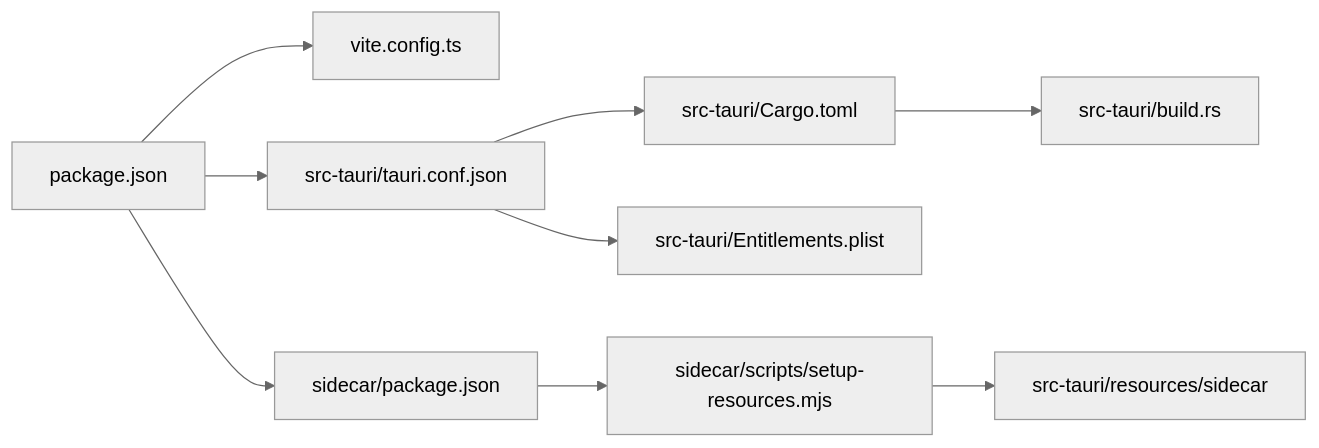
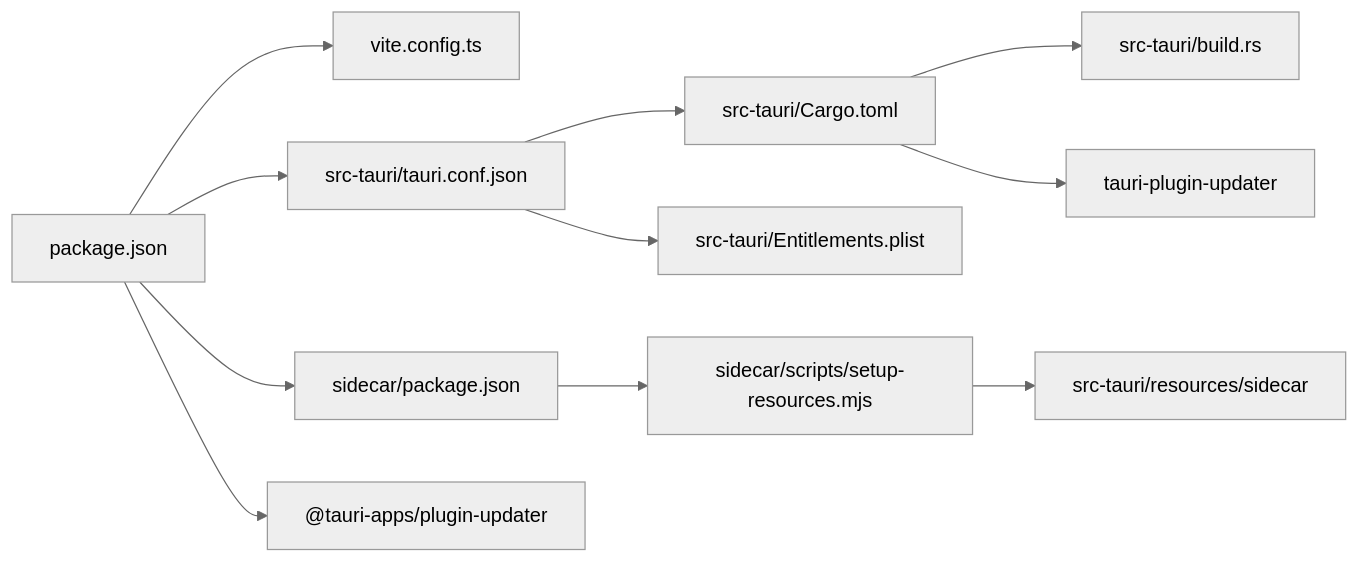
Before and after one commit to RabbitAI-Lab/RabbitCoding: the third of 3 diagrams in .qoder/repowiki/zh/content/部署和发布/部署和发布.md, drawn with Mermaid (neutral theme). The commit also changed other lines of this file and 32 other files, not shown here.

````diff
--- a/.qoder/repowiki/zh/content/部署和发布/部署和发布.md
+++ b/.qoder/repowiki/zh/content/部署和发布/部署和发布.md
@@ -211,11 +239,13 @@
 ```mermaid
 graph LR
 Pkg["package.json"] --> Vite["vite.config.ts"]
 Pkg --> TauriConf["src-tauri/tauri.conf.json"]
 Pkg --> SidePkg["sidecar/package.json"]
 SidePkg --> SideRes["sidecar/scripts/setup-resources.mjs"]
 SideRes --> Res["src-tauri/resources/sidecar"]
 TauriConf --> Cargo["src-tauri/Cargo.toml"]
 Cargo --> BuildRS["src-tauri/build.rs"]
 TauriConf --> Ent["src-tauri/Entitlements.plist"]
+Cargo --> UpdaterPlugin["tauri-plugin-updater"]
+Pkg --> UpdaterFrontend["@tauri-apps/plugin-updater"]
 ```
````
